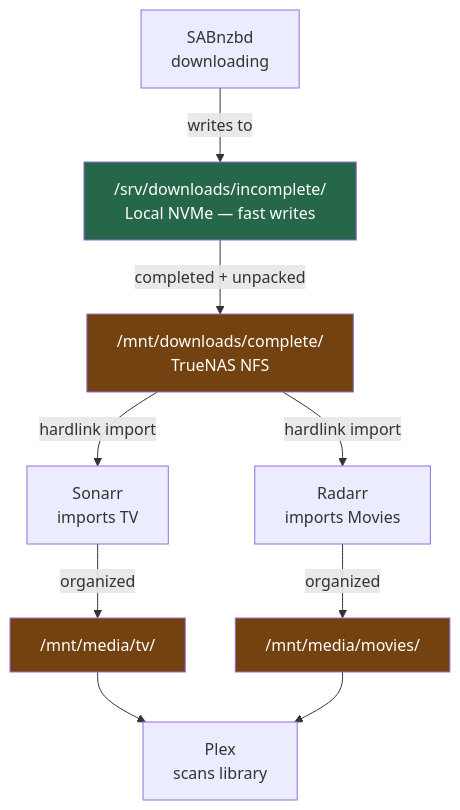
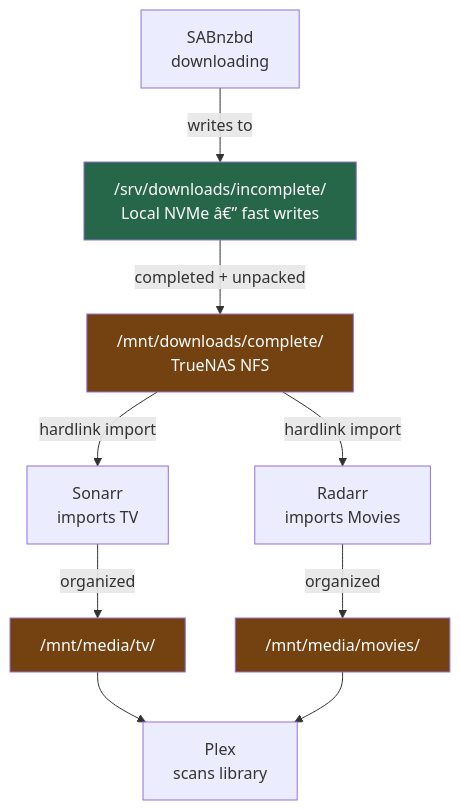
Before and after one commit to Kagiso-me/homelab-infrastructure: the third of 3 diagrams in docker/docs/02_docker_installation_and_filesystem.md, drawn with Mermaid. The commit also changed other lines of this file and 46 other files, not shown here.

Commit message:
Retire Raspberry Pi backup guide and transition to varys for key material backup; update TrueNAS documentation for storage architecture; add disaster recovery game day runbook; implement baseline network policies for production namespaces; introduce varys control hub documentation and backup script.

````diff
--- a/docker/docs/02_docker_installation_and_filesystem.md
+++ b/docker/docs/02_docker_installation_and_filesystem.md
@@ -416,16 +416,16 @@
 ```mermaid
 graph TD
-    SAB["SABnzbd\ndownloading"] -->|writes to| Inc["/srv/downloads/incomplete/\nLocal NVMe — fast writes"]
+    SAB["SABnzbd\ndownloading"] -->|writes to| Inc["/srv/downloads/incomplete/\nLocal NVMe â€” fast writes"]
     Inc -->|completed + unpacked| Comp["/mnt/downloads/complete/\nTrueNAS NFS"]
     Comp -->|hardlink import| Sonarr["Sonarr\nimports TV"]
     Comp -->|hardlink import| Radarr["Radarr\nimports Movies"]
     Sonarr -->|organized| Media["/mnt/media/tv/"]
     Radarr -->|organized| MediaM["/mnt/media/movies/"]
     Media --> Plex["Plex\nscans library"]
     MediaM --> Plex
 
     style Inc fill:#276749,color:#fff
     style Comp fill:#744210,color:#fff
     style Media fill:#744210,color:#fff
     style MediaM fill:#744210,color:#fff
 ```
````
